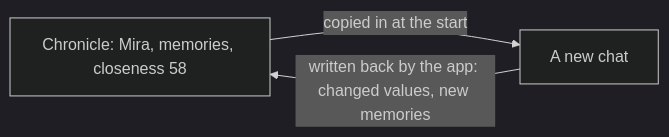
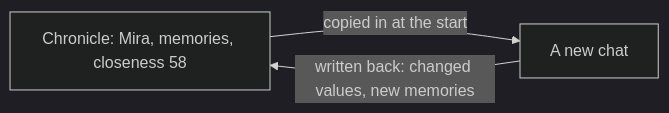
One commit to TroupesAI/troupe changed the second of 2 diagrams in guides/beginners.md. Above: the diagram before and after it, drawn with Mermaid (dark theme). The commit also changed other lines of this file and 207 other files, not shown here.

First line of the commit message:
Make the spec a schema of files, not of how apps play them (#1)

````diff
--- a/guides/beginners.md
+++ b/guides/beginners.md
@@ -343,5 +330,5 @@
 ```mermaid
 flowchart LR
   C["Chronicle: Mira, memories, closeness 58"] -- "copied in at the start" --> S["A new chat"]
-  S -- "written back by the app: changed values, new memories" --> C
+  S -- "written back: changed values, new memories" --> C
 ```
````
